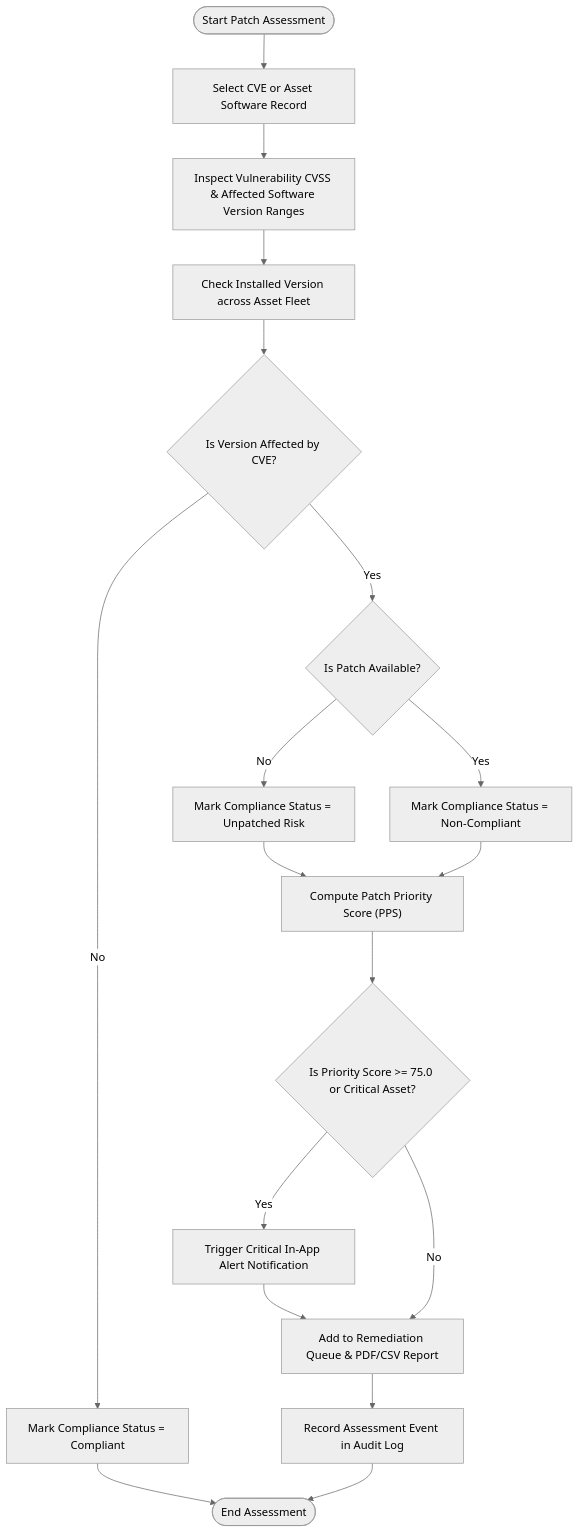
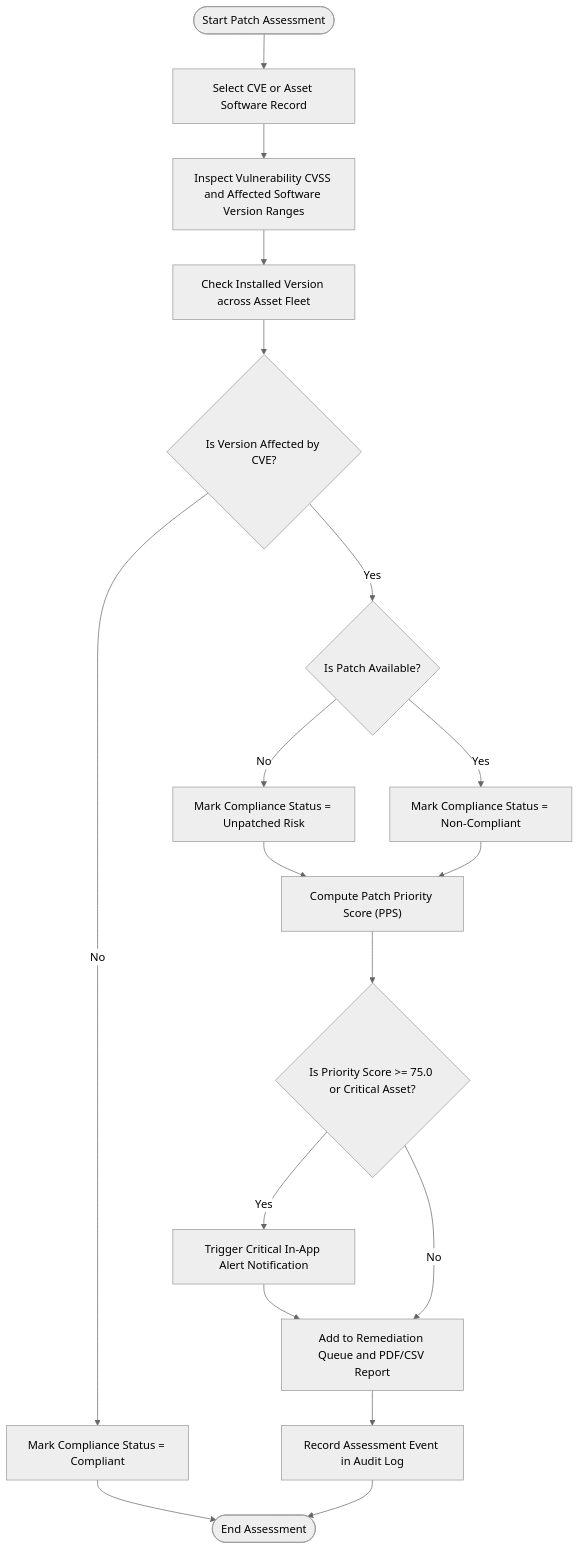
Before and after one commit to Hareekshith/EPCRAS: the seventh of 7 diagrams in docs/design.md, drawn with Mermaid (neutral theme). The commit also changed other lines of this file, not shown here.

````diff
--- a/docs/design.md
+++ b/docs/design.md
@@ -488,25 +488,25 @@
 ```mermaid
 flowchart TD
     Start(["Start Patch Assessment"]) --> SelectVuln["Select CVE or Asset Software Record"]
-    SelectVuln --> InspectCVE["Inspect Vulnerability CVSS & Affected Software Version Ranges"]
+    SelectVuln --> InspectCVE["Inspect Vulnerability CVSS and Affected Software Version Ranges"]
     InspectCVE --> CheckInstalled["Check Installed Version across Asset Fleet"]
     
     CheckInstalled --> IsAffected{"Is Version Affected by CVE?"}
-    IsAffected -- "No" --> MarkCompliant["Mark Compliance Status = Compliant"]
+    IsAffected -->|"No"| MarkCompliant["Mark Compliance Status = Compliant"]
     MarkCompliant --> EndWorkflow(["End Assessment"])
 
-    IsAffected -- "Yes" --> CheckPatch{"Is Patch Available?"}
-    CheckPatch -- "No" --> MarkUnpatched["Mark Compliance Status = Unpatched Risk"]
+    IsAffected -->|"Yes"| CheckPatch{"Is Patch Available?"}
+    CheckPatch -->|"No"| MarkUnpatched["Mark Compliance Status = Unpatched Risk"]
     MarkUnpatched --> CalcScore["Compute Patch Priority Score (PPS)"]
 
-    CheckPatch -- "Yes" --> MarkNonCompliant["Mark Compliance Status = Non-Compliant"]
+    CheckPatch -->|"Yes"| MarkNonCompliant["Mark Compliance Status = Non-Compliant"]
     MarkNonCompliant --> CalcScore
 
     CalcScore --> CheckCritical{"Is Priority Score >= 75.0 or Critical Asset?"}
-    CheckCritical -- "Yes" --> TriggerNotification["Trigger Critical In-App Alert Notification"]
-    TriggerNotification --> RankRemediation["Add to Remediation Queue & PDF/CSV Report"]
+    CheckCritical -->|"Yes"| TriggerNotification["Trigger Critical In-App Alert Notification"]
+    TriggerNotification --> RankRemediation["Add to Remediation Queue and PDF/CSV Report"]
     
-    CheckCritical -- "No" --> RankRemediation
+    CheckCritical -->|"No"| RankRemediation
     RankRemediation --> LogAudit["Record Assessment Event in Audit Log"]
     LogAudit --> EndWorkflow
 ```
````
